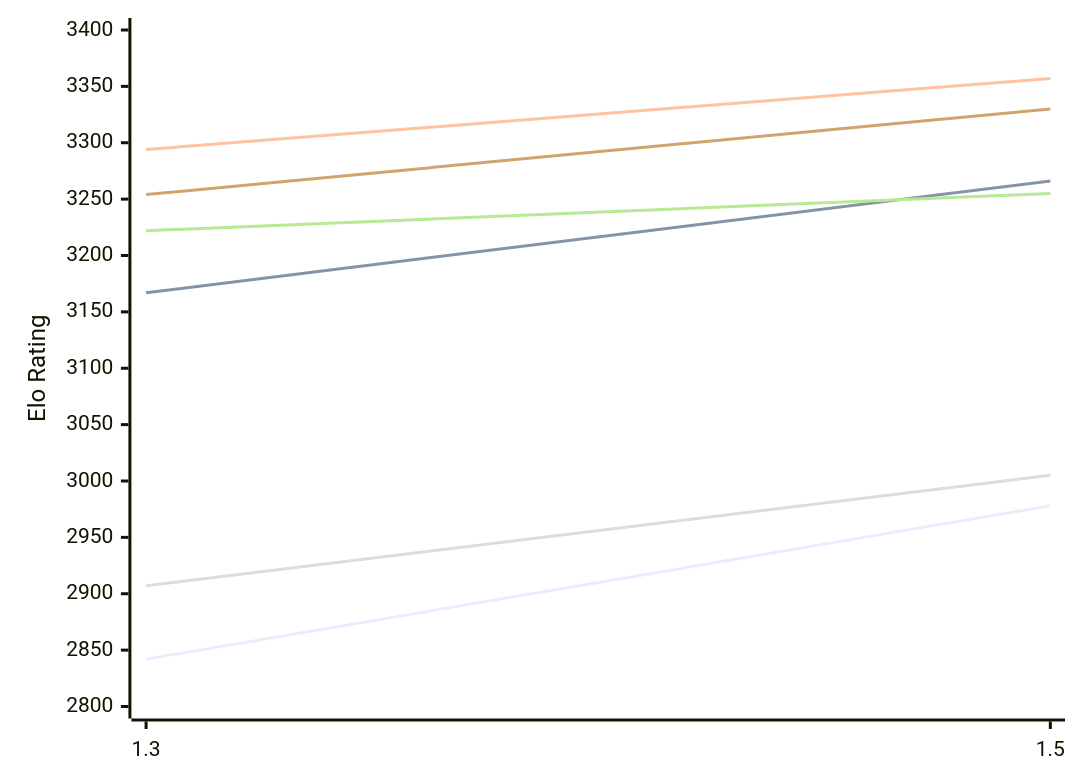
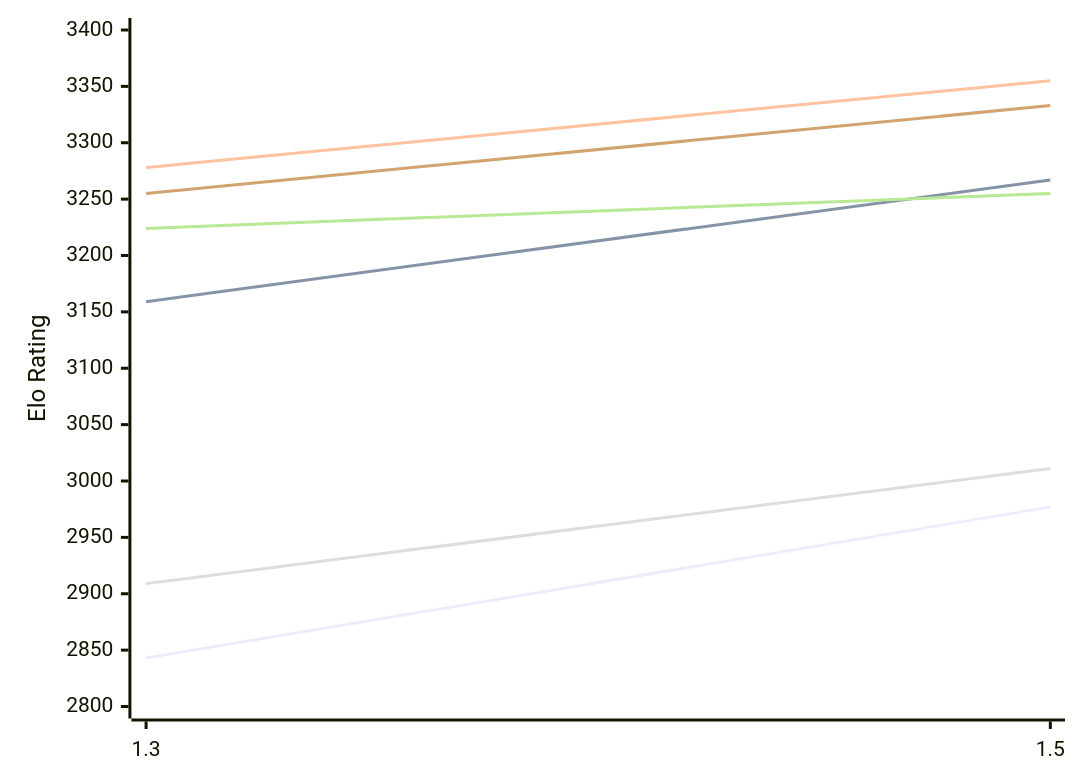
Before and after one commit to computer-chess-index/cci: the first of 2 diagrams in engines/Lambergar.md, drawn with Mermaid. The commit also changed other lines of this file, not shown here.

Commit message:
Update CCI Ratings (ELO VLTC) - 2026-11-27

````diff
--- a/engines/Lambergar.md
+++ b/engines/Lambergar.md
@@ -50,12 +50,12 @@
 ```mermaid
 %%{init: {"theme":"base","themeVariables":{"seriesColors:['#a3a3a3','#222221','#faa371']}}}%%
 xychart-beta
   x-axis ["1.3", "1.5"]
   y-axis "Elo Rating" 2800 --> 3400
-  line "E1: STC (8.0+0.08s)" [2842, 2978]
-  line "E1: LTC (60.0+0.60s)" [3167, 3266]
-  line "E1: VLTC (2m24s+1.12s)" [3294, 3357]
-  line "P1: STC (8.0+0.08s)" [2907, 3005]
-  line "P1: LTC (60.0+0.60s)" [3222, 3255]
-  line "P1: VLTC (2m24s+1.12s)" [3254, 3330]
+  line "E1: STC (8.0+0.08s)" [2843, 2977]
+  line "E1: LTC (60.0+0.60s)" [3159, 3267]
+  line "E1: VLTC (2m24s+1.12s)" [3278, 3355]
+  line "P1: STC (8.0+0.08s)" [2909, 3011]
+  line "P1: LTC (60.0+0.60s)" [3224, 3255]
+  line "P1: VLTC (2m24s+1.12s)" [3255, 3333]
 ```
````
